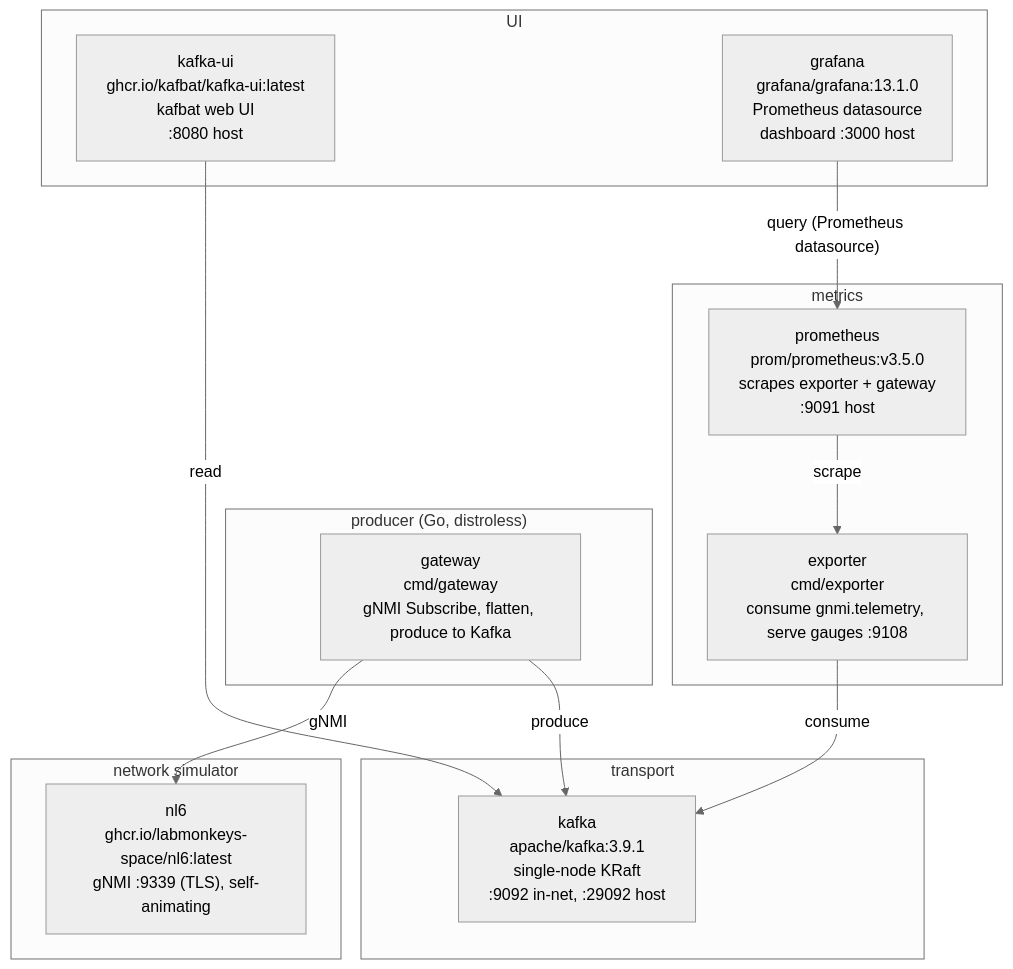
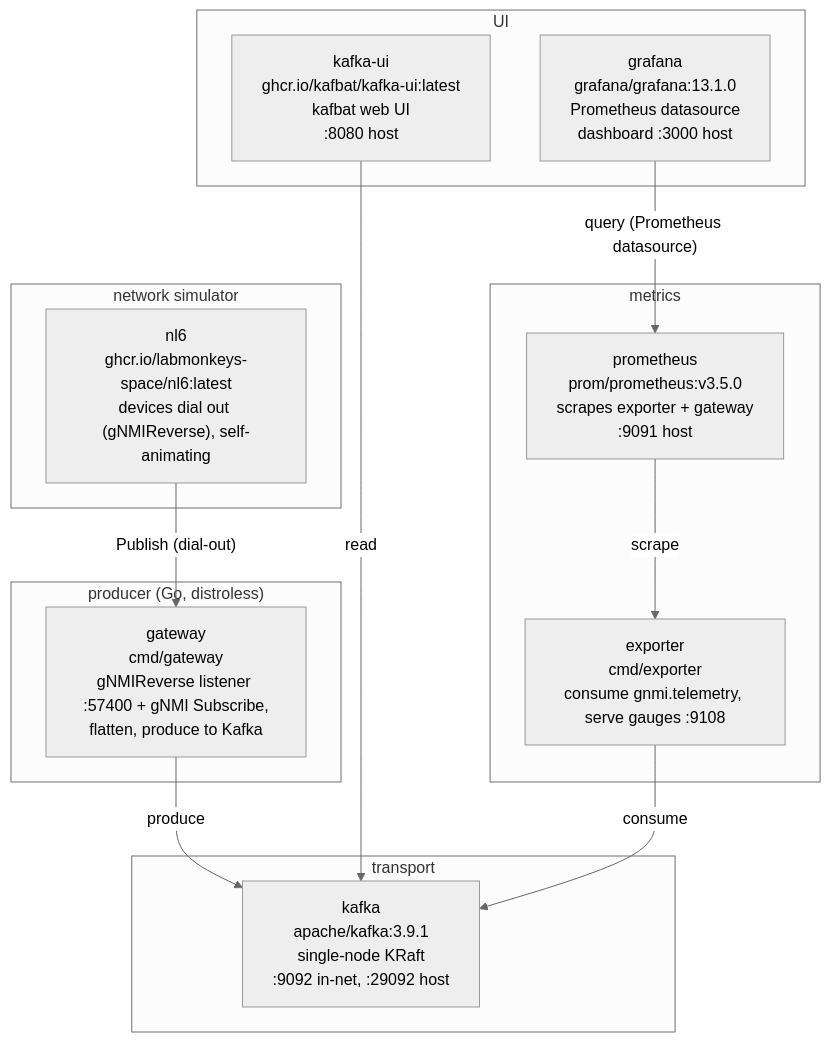
One commit to indigo423/gnmi-kafka-producer changed the second of 2 diagrams in README.md. Above: the diagram before and after it, drawn with Mermaid (neutral theme). The commit also changed other lines of this file and 12 other files, not shown here.

First line of the commit message:
feat: gNMI dial-out collector (gNMIReverse) + decoupled demo topology (#16)

````diff
--- a/README.md
+++ b/README.md
@@ -29,31 +31,31 @@
 ```mermaid
 flowchart TB
     subgraph sim["network simulator"]
-        NL6["nl6<br/>ghcr.io/labmonkeys-space/nl6:latest<br/>gNMI :9339 (TLS), self-animating"]
+        NL6["nl6<br/>ghcr.io/labmonkeys-space/nl6:latest<br/>devices dial out (gNMIReverse), self-animating"]
     end
 
     subgraph producer["producer (Go, distroless)"]
-        GW["gateway<br/>cmd/gateway<br/>gNMI Subscribe, flatten, produce to Kafka"]
+        GW["gateway<br/>cmd/gateway<br/>gNMIReverse listener :57400 + gNMI Subscribe,<br/>flatten, produce to Kafka"]
     end
 
     subgraph transport["transport"]
         K["kafka<br/>apache/kafka:3.9.1<br/>single-node KRaft<br/>:9092 in-net, :29092 host"]
     end
 
     subgraph metricsdb["metrics"]
         EX["exporter<br/>cmd/exporter<br/>consume gnmi.telemetry, serve gauges :9108"]
         P["prometheus<br/>prom/prometheus:v3.5.0<br/>scrapes exporter + gateway<br/>:9091 host"]
     end
 
     subgraph ui["UI"]
         UI["kafka-ui<br/>ghcr.io/kafbat/kafka-ui:latest<br/>kafbat web UI<br/>:8080 host"]
         GF["grafana<br/>grafana/grafana:13.1.0<br/>Prometheus datasource<br/>dashboard :3000 host"]
     end
 
-    GW -- gNMI --> NL6
+    NL6 -- "Publish (dial-out)" --> GW
     GW -- produce --> K
     UI -- read --> K
     EX -- consume --> K
     P -- scrape --> EX
     GF -- query (Prometheus datasource) --> P
 ```
````
